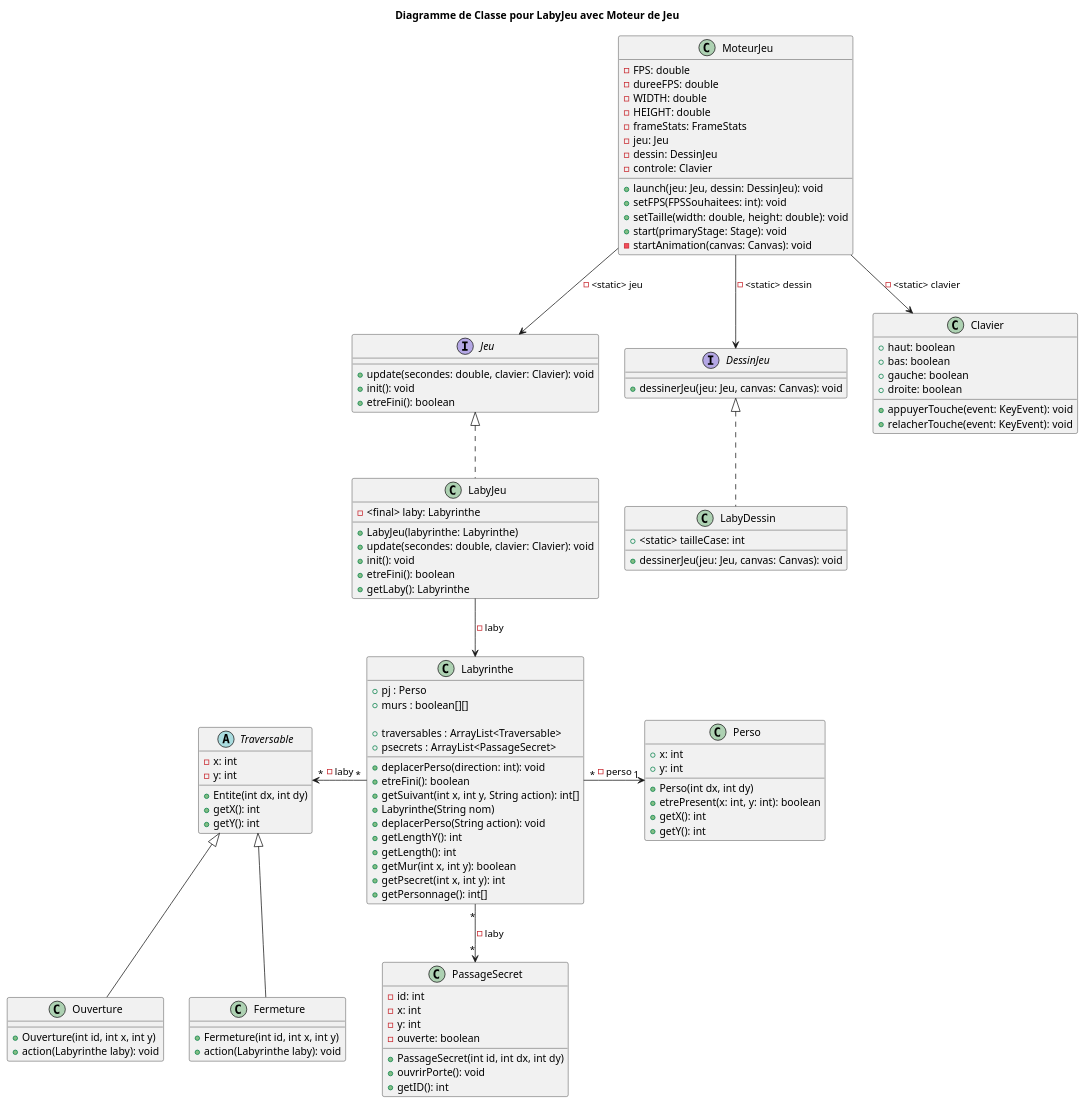
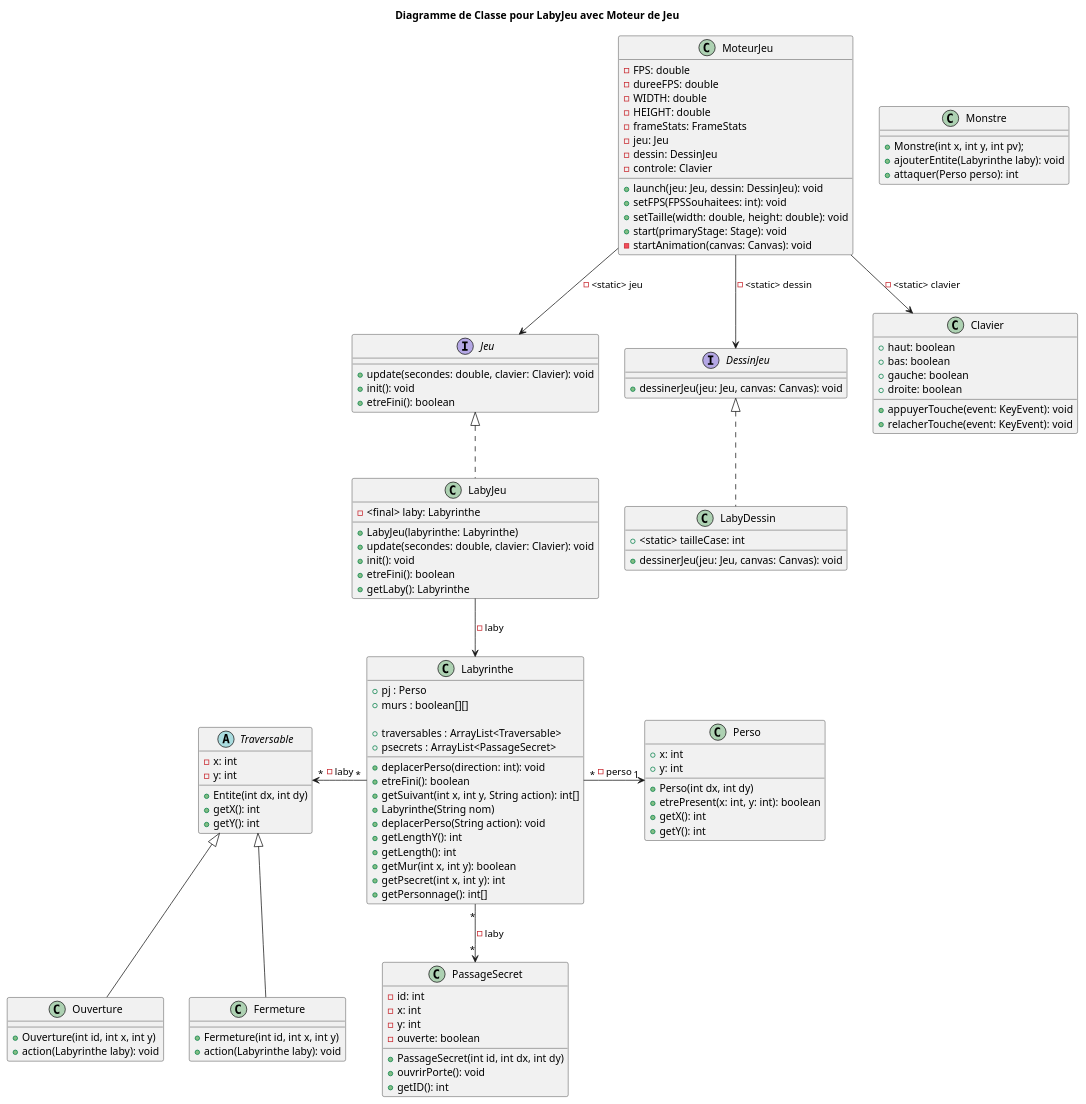
Before and after one commit to adrienMGN/2024_Zeldiablo_mangin225u_dewasch2u_favier36u_fontaine_noel332u: the diagram in zeldiablo/src/gameLaby/Fonctionnement_Diag.puml, drawn with PlantUML. The commit also changed 1 other file, not shown here.

Commit message:
PlantUML Test

```diff
--- a/zeldiablo/src/gameLaby/Fonctionnement_Diag.puml
+++ b/zeldiablo/src/gameLaby/Fonctionnement_Diag.puml
@@ -1,135 +1,141 @@
 @startuml
 title Diagramme de Classe pour LabyJeu avec Moteur de Jeu
 
 interface Jeu {
     +update(secondes: double, clavier: Clavier): void
     +init(): void
     +etreFini(): boolean
 }
 
 interface DessinJeu {
     +dessinerJeu(jeu: Jeu, canvas: Canvas): void
 }
 
 class LabyJeu {
     - <final> laby: Labyrinthe
 
     +LabyJeu(labyrinthe: Labyrinthe)
     +update(secondes: double, clavier: Clavier): void
     +init(): void
     +etreFini(): boolean
     +getLaby(): Labyrinthe
 }
 
 class LabyDessin {
     +<static> tailleCase: int
     +dessinerJeu(jeu: Jeu, canvas: Canvas): void
 }
 
 class Labyrinthe {
 '    + <static final> MUR = 'X' : String
 '    + <static final> PJ = 'P' : String
 '    + <static final> VIDE = '.' : String
 '    + <static final> OUVERTURE = 'O' : String
 '    + <static final> FERMETURE = 'F' : String
 '    + <static final> PSECRET = 'H' : String
 '
 '    + <static final> HAUT = 'Haut' : String
 '    + <static final> BAS = 'Bas' : String
 '    + <static final> GAUCHE = 'Gauche' : String
 '    + <static final> DROITE = 'Droite' : String
 
     +pj : Perso
     +murs : boolean[][]
 
     +traversables : ArrayList<Traversable>
     +psecrets : ArrayList<PassageSecret>
 
     +deplacerPerso(direction: int): void
     +etreFini(): boolean
     +getSuivant(int x, int y, String action): int[]
     +Labyrinthe(String nom)
     +deplacerPerso(String action): void
     +getLengthY(): int
     +getLength(): int
     +getMur(int x, int y): boolean
     +getPsecret(int x, int y): int
     +getPersonnage(): int[]
 }
 
 class Clavier {
     +haut: boolean
     +bas: boolean
     +gauche: boolean
     +droite: boolean
     +appuyerTouche(event: KeyEvent): void
     +relacherTouche(event: KeyEvent): void
 }
 
 class MoteurJeu {
     -FPS: double
     -dureeFPS: double
     -WIDTH: double
     -HEIGHT: double
     -frameStats: FrameStats
     -jeu: Jeu
     -dessin: DessinJeu
     -controle: Clavier
     +launch(jeu: Jeu, dessin: DessinJeu): void
     +setFPS(FPSSouhaitees: int): void
     +setTaille(width: double, height: double): void
     +start(primaryStage: Stage): void
     -startAnimation(canvas: Canvas): void
 }
 
 class Perso {
     +x: int
     +y: int
     +Perso(int dx, int dy)
     +etrePresent(x: int, y: int): boolean
     +getX(): int
     +getY(): int
 }
 
+class Monstre{
+    +Monstre(int x, int y, int pv);
+    +ajouterEntite(Labyrinthe laby): void
+    +attaquer(Perso perso): int
+}
+
 abstract class Traversable {
     -x: int
     -y: int
     +Entite(int dx, int dy)
     +getX(): int
     +getY(): int
 }
 
 class PassageSecret{
     -id: int
     -x: int
     -y: int
     -ouverte: boolean
     +PassageSecret(int id, int dx, int dy)
     +ouvrirPorte(): void
     +getID(): int
 }
 
 class Ouverture{
     +Ouverture(int id, int x, int y)
     +action(Labyrinthe laby): void
 }
 
 class Fermeture{
     +Fermeture(int id, int x, int y)
     +action(Labyrinthe laby): void
 }
 
 Jeu <|.. LabyJeu
 LabyJeu --> Labyrinthe : -laby
 MoteurJeu --> Jeu : -<static> jeu
 MoteurJeu --> DessinJeu : -<static> dessin
 MoteurJeu --> Clavier : -<static> clavier
 DessinJeu <|.. LabyDessin
 Labyrinthe "*"->"1" Perso : -perso
   Labyrinthe "*"-->"*" PassageSecret : -laby
 Traversable "*"<-"*" Labyrinthe : -laby
  Traversable <|-- Ouverture
  Traversable <|-- Fermeture
 
 
 @enduml
```
